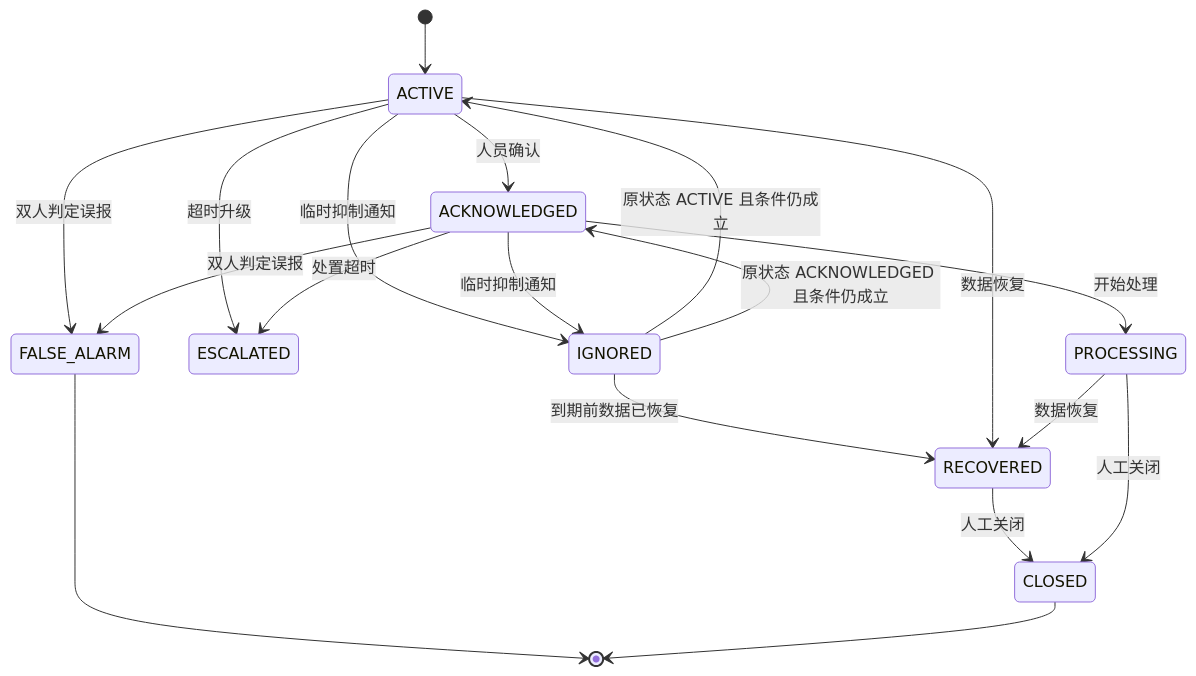
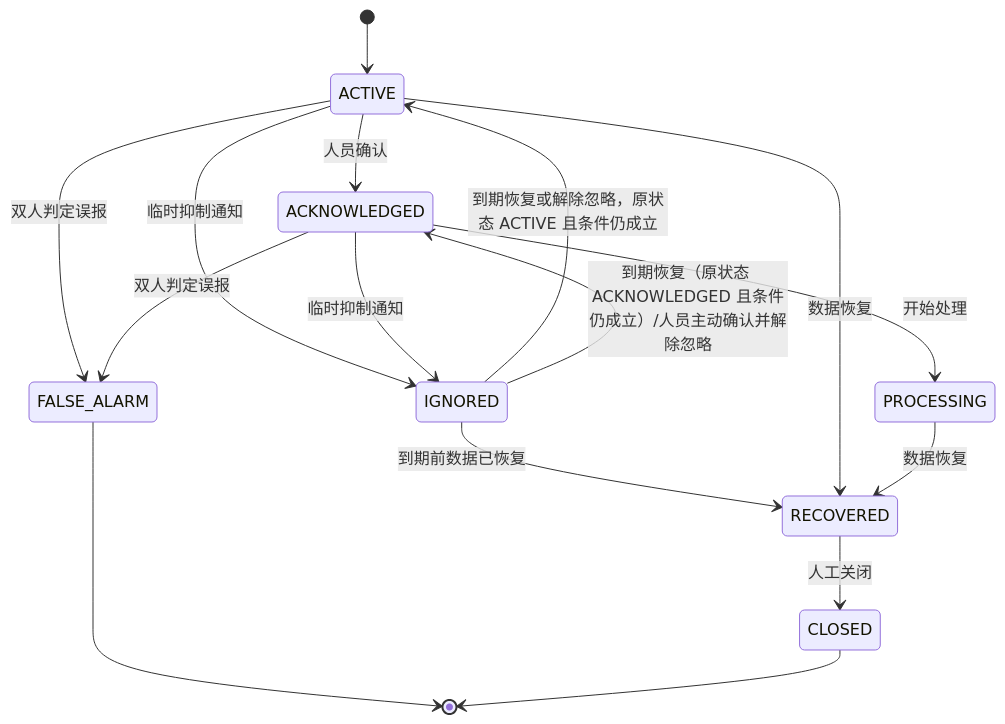
One commit to qingjian1984/easyaiot changed the first of 2 diagrams in .doc/产品需求/电力运维云平台/PRD-02-监控告警与安全控制.md. Above: the diagram before and after it, drawn with Mermaid. The commit also changed other lines of this file and 85 other files, not shown here.

````diff
--- a/.doc/产品需求/电力运维云平台/PRD-02-监控告警与安全控制.md
+++ b/.doc/产品需求/电力运维云平台/PRD-02-监控告警与安全控制.md
@@ -43,21 +44,18 @@
 ```mermaid
 stateDiagram-v2
   [*] --> ACTIVE
   ACTIVE --> ACKNOWLEDGED: 人员确认
   ACKNOWLEDGED --> PROCESSING: 开始处理
-  ACTIVE --> ESCALATED: 超时升级
-  ACKNOWLEDGED --> ESCALATED: 处置超时
   ACTIVE --> IGNORED: 临时抑制通知
   ACKNOWLEDGED --> IGNORED: 临时抑制通知
-  IGNORED --> ACTIVE: 原状态 ACTIVE 且条件仍成立
-  IGNORED --> ACKNOWLEDGED: 原状态 ACKNOWLEDGED 且条件仍成立
+  IGNORED --> ACTIVE: 到期恢复或解除忽略，原状态 ACTIVE 且条件仍成立
+  IGNORED --> ACKNOWLEDGED: 到期恢复（原状态 ACKNOWLEDGED 且条件仍成立）/人员主动确认并解除忽略
   IGNORED --> RECOVERED: 到期前数据已恢复
   ACTIVE --> FALSE_ALARM: 双人判定误报
   ACKNOWLEDGED --> FALSE_ALARM: 双人判定误报
   ACTIVE --> RECOVERED: 数据恢复
   PROCESSING --> RECOVERED: 数据恢复
   RECOVERED --> CLOSED: 人工关闭
-  PROCESSING --> CLOSED: 人工关闭
   FALSE_ALARM --> [*]
   CLOSED --> [*]
 ```
````
